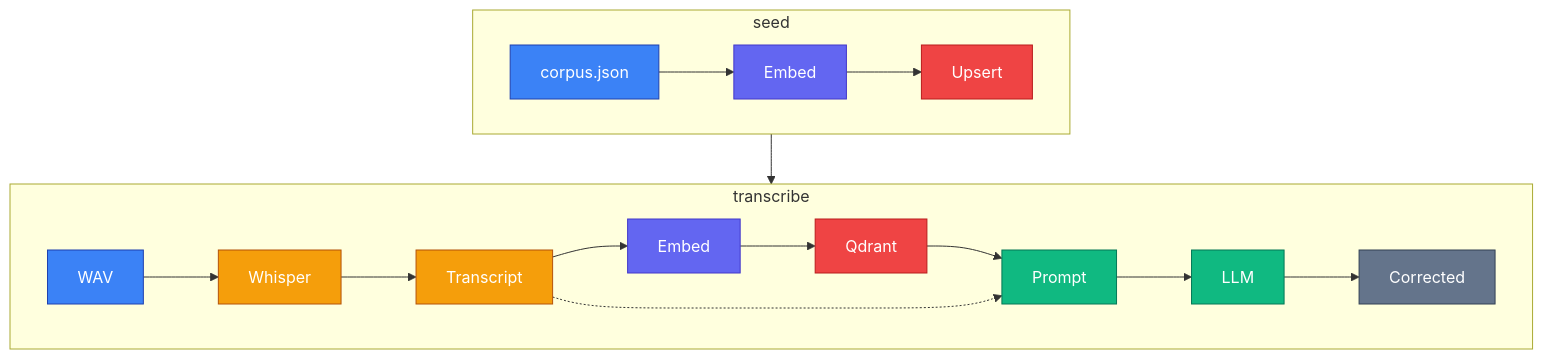
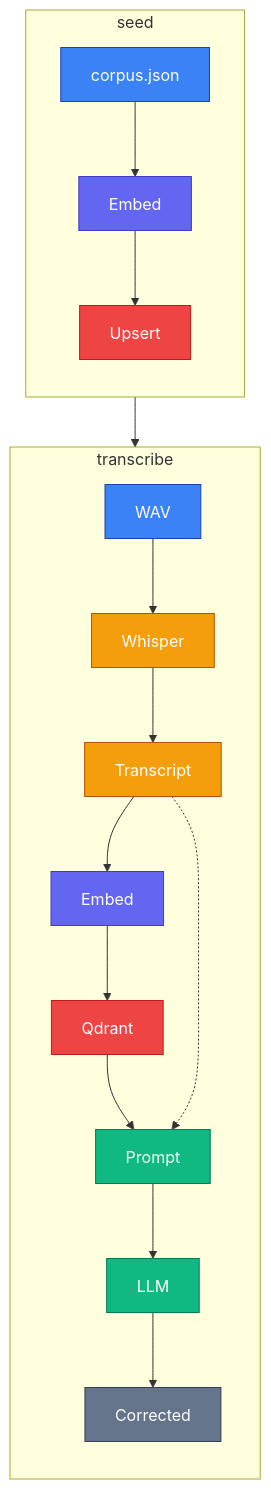
One commit to hubenschmidt/asr-rag changed the second of 2 diagrams in README.md. Above: the diagram before and after it, drawn with Mermaid.

````diff
--- a/README.md
+++ b/README.md
@@ -33,35 +33,37 @@
 ```mermaid
 flowchart TD
     subgraph Seed ["seed"]
+        direction TB
         CJ["corpus.json"]:::input
         SE["Embed"]:::embed
         UP["Upsert"]:::vectordb
         CJ --> SE --> UP
     end
 
     subgraph Transcribe ["transcribe"]
+        direction TB
         WAV2["WAV"]:::input
         WH["Whisper"]:::asr
         RT["Transcript"]:::asr
         QE["Embed"]:::embed
         QS["Qdrant"]:::vectordb
         SYS["Prompt"]:::llm
         LLM2["LLM"]:::llm
         CT["Corrected"]:::output
 
         WAV2 --> WH --> RT
         RT --> QE --> QS
         QS --> SYS
         RT -.-> SYS
         SYS --> LLM2 --> CT
     end
 
     Seed --> Transcribe
 
     classDef input fill:#3b82f6,stroke:#1e40af,color:#fff
     classDef asr fill:#f59e0b,stroke:#b45309,color:#fff
     classDef embed fill:#6366f1,stroke:#4338ca,color:#fff
     classDef vectordb fill:#ef4444,stroke:#b91c1c,color:#fff
     classDef llm fill:#10b981,stroke:#047857,color:#fff
     classDef output fill:#64748b,stroke:#334155,color:#fff
 ```
````
